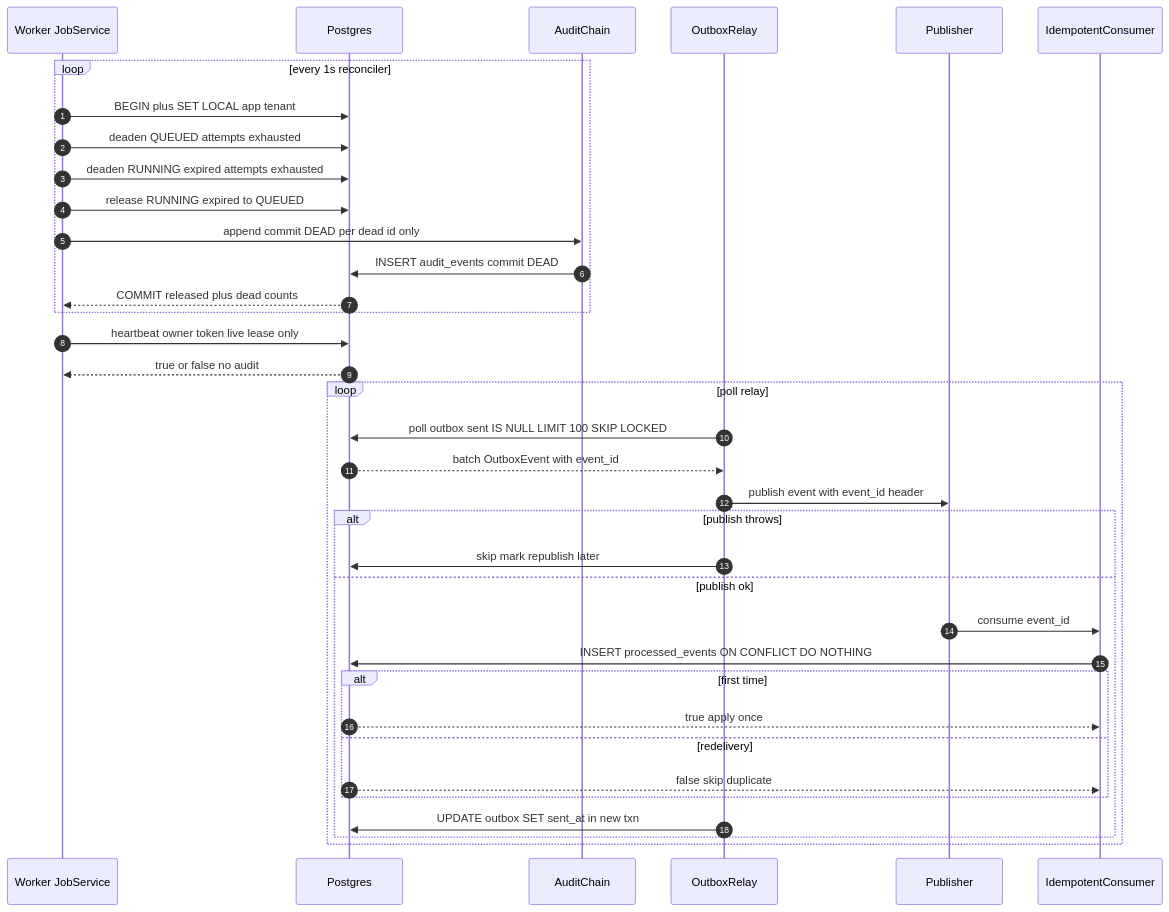
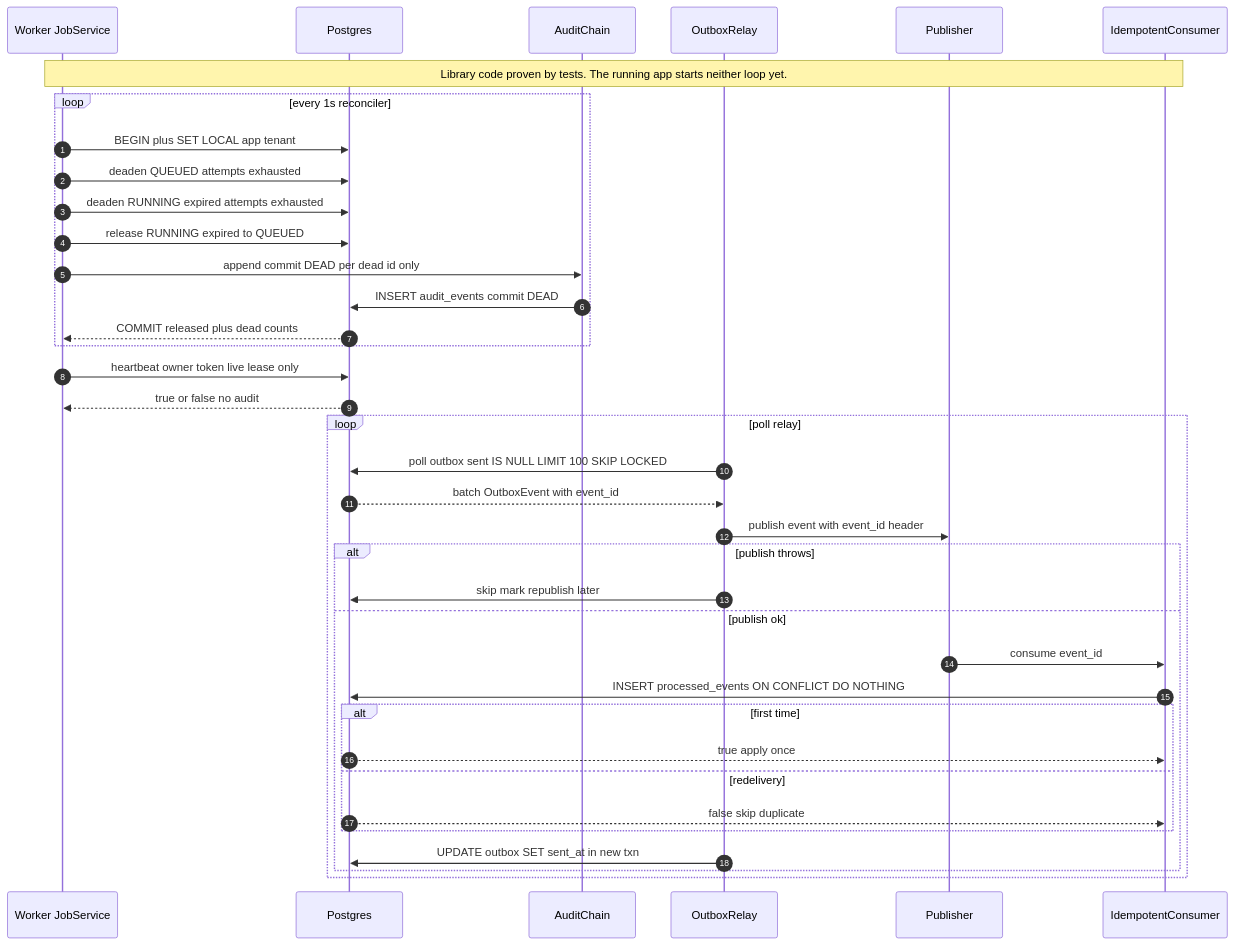
The diagram in docs/architecture/flow-reconcile-outbox.mmd (G1DO/anvil), drawn with Mermaid before and after one commit. The commit also changed 10 other files, not shown here.

First line of the commit message:
Correct what the docs say about running code, tests and risks

```diff
--- a/docs/architecture/flow-reconcile-outbox.mmd
+++ b/docs/architecture/flow-reconcile-outbox.mmd
@@ -1,37 +1,37 @@
 sequenceDiagram
     autonumber
-    %% Library code proven by tests: the running app starts neither loop yet.
     participant W as Worker JobService
     participant D as Postgres
     participant U as AuditChain
     participant R as OutboxRelay
     participant P as Publisher
     participant K as IdempotentConsumer
+    Note over W,K: Library code proven by tests. The running app starts neither loop yet.
     loop every 1s reconciler
         W->>D: BEGIN plus SET LOCAL app tenant
         W->>D: deaden QUEUED attempts exhausted
         W->>D: deaden RUNNING expired attempts exhausted
         W->>D: release RUNNING expired to QUEUED
         W->>U: append commit DEAD per dead id only
         U->>D: INSERT audit_events commit DEAD
         D-->>W: COMMIT released plus dead counts
     end
     W->>D: heartbeat owner token live lease only
     D-->>W: true or false no audit
     loop poll relay
         R->>D: poll outbox sent IS NULL LIMIT 100 SKIP LOCKED
         D-->>R: batch OutboxEvent with event_id
         R->>P: publish event with event_id header
         alt publish throws
             R->>D: skip mark republish later
         else publish ok
             P->>K: consume event_id
             K->>D: INSERT processed_events ON CONFLICT DO NOTHING
             alt first time
                 D-->>K: true apply once
             else redelivery
                 D-->>K: false skip duplicate
             end
             R->>D: UPDATE outbox SET sent_at in new txn
         end
     end
```
